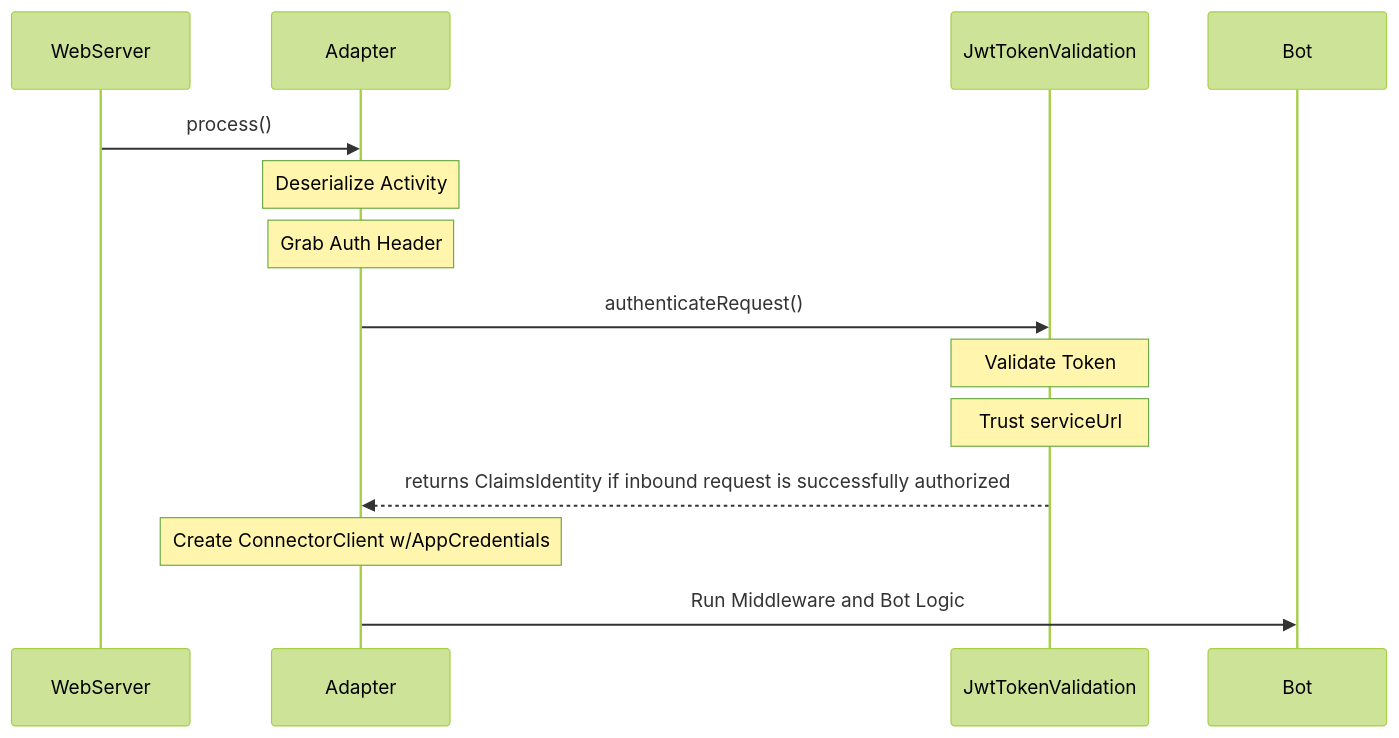
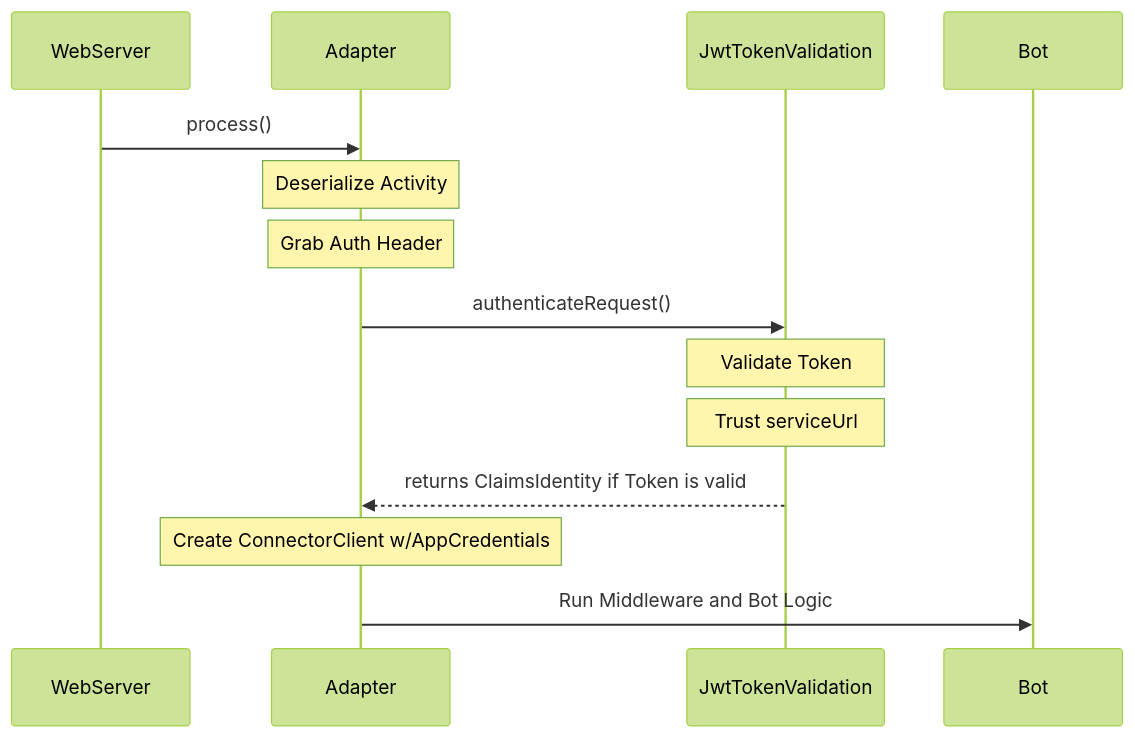
Before and after one commit to Zerryth/Mermaid: the seventh of 9 diagrams in Authentication/AuthArchitectureInBotFramework/ChannelToBot/README.md, drawn with Mermaid (forest theme). The commit also changed other lines of this file, not shown here.

Commit message:
Added sequence diagram for details on token extraction and validation in the SDK

````diff
--- a/Authentication/AuthArchitectureInBotFramework/ChannelToBot/README.md
+++ b/Authentication/AuthArchitectureInBotFramework/ChannelToBot/README.md
@@ -157,21 +160,21 @@
 ```mermaid
     sequenceDiagram
         participant WebServer
         participant Adapter
         participant JwtTokenValidation
         participant Bot
 
         WebServer ->> Adapter: process()
             Note over Adapter: Deserialize Activity
             Note over Adapter: Grab Auth Header
 
             Adapter ->> JwtTokenValidation: authenticateRequest()
                 Note over JwtTokenValidation: Validate Token
                 Note over JwtTokenValidation: Trust serviceUrl
             
-                JwtTokenValidation -->> Adapter: returns ClaimsIdentity if inbound request is successfully authorized
+                JwtTokenValidation -->> Adapter: returns ClaimsIdentity if Token is valid
 
             Note over Adapter: Create ConnectorClient w/AppCredentials
 
             Adapter ->> Bot: Run Middleware and Bot Logic
 ```
````
